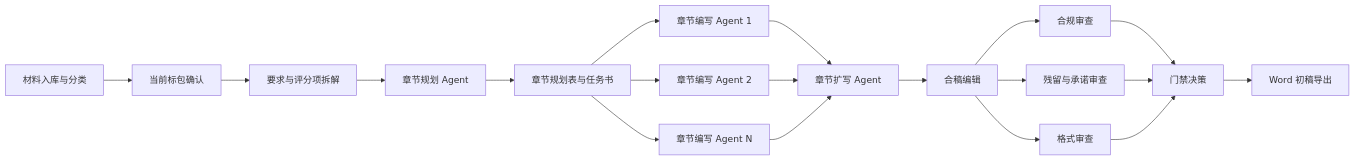
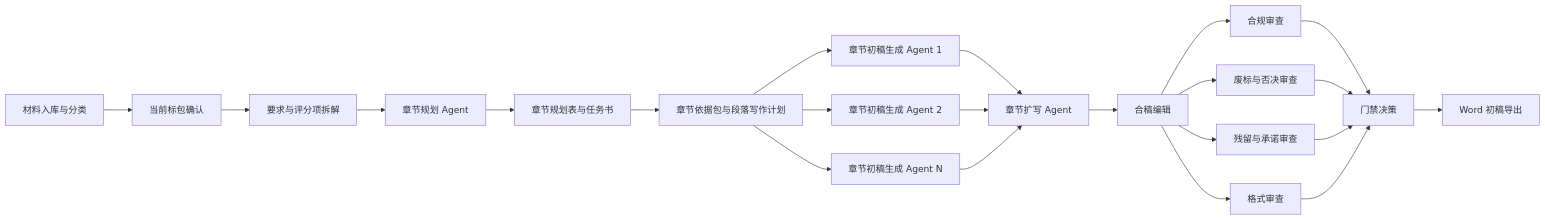
Before and after one commit to cheese0920/toubiaoagent: the diagram in README.md, drawn with Mermaid. The commit also changed other lines of this file and 24 other files, not shown here.

````diff
--- a/README.md
+++ b/README.md
@@ -9,21 +11,24 @@
 ```mermaid
 flowchart LR
     A["材料入库与分类"] --> B["当前标包确认"]
     B --> C["要求与评分项拆解"]
     C --> D["章节规划 Agent"]
     D --> P["章节规划表与任务书"]
-    P --> E1["章节编写 Agent 1"]
-    P --> E2["章节编写 Agent 2"]
-    P --> E3["章节编写 Agent N"]
+    P --> K["章节依据包与段落写作计划"]
+    K --> E1["章节初稿生成 Agent 1"]
+    K --> E2["章节初稿生成 Agent 2"]
+    K --> E3["章节初稿生成 Agent N"]
     E1 --> X["章节扩写 Agent"]
     E2 --> X
     E3 --> X
     X --> F["合稿编辑"]
     F --> G1["合规审查"]
-    F --> G2["残留与承诺审查"]
-    F --> G3["格式审查"]
+    F --> G2["废标与否决审查"]
+    F --> G3["残留与承诺审查"]
+    F --> G4["格式审查"]
     G1 --> H["门禁决策"]
     G2 --> H
     G3 --> H
+    G4 --> H
     H --> I["Word 初稿导出"]
 ```
````
